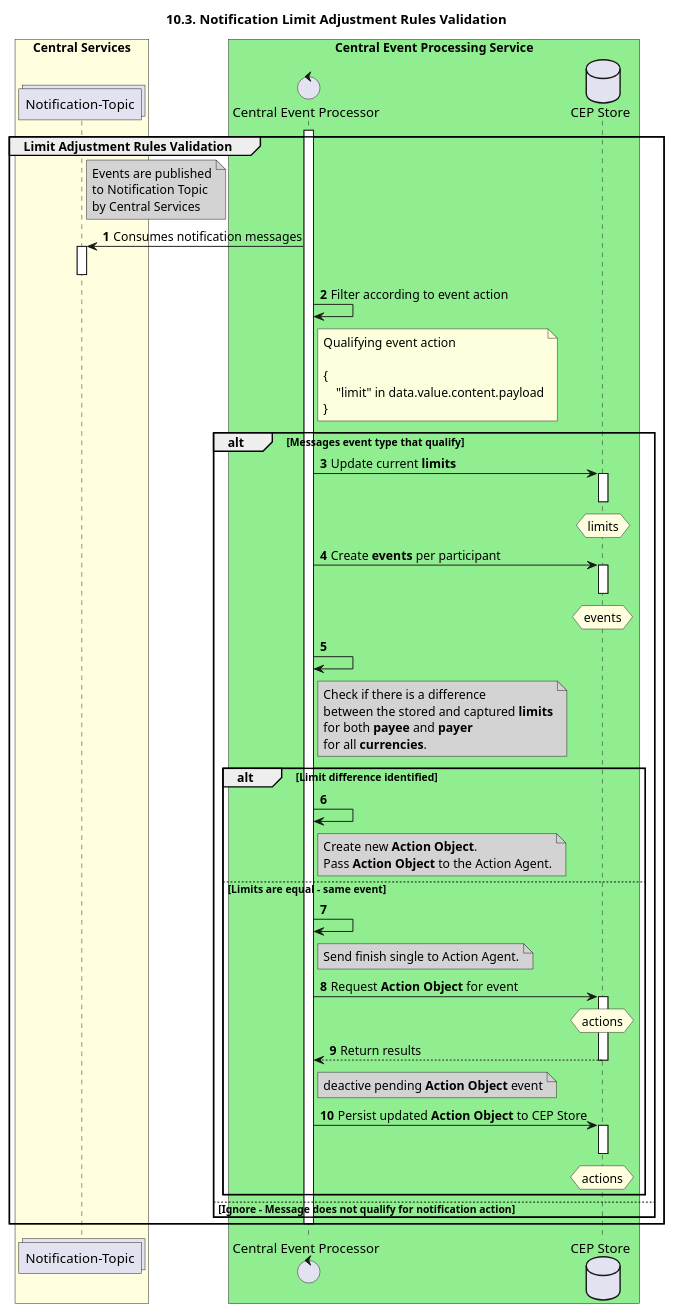
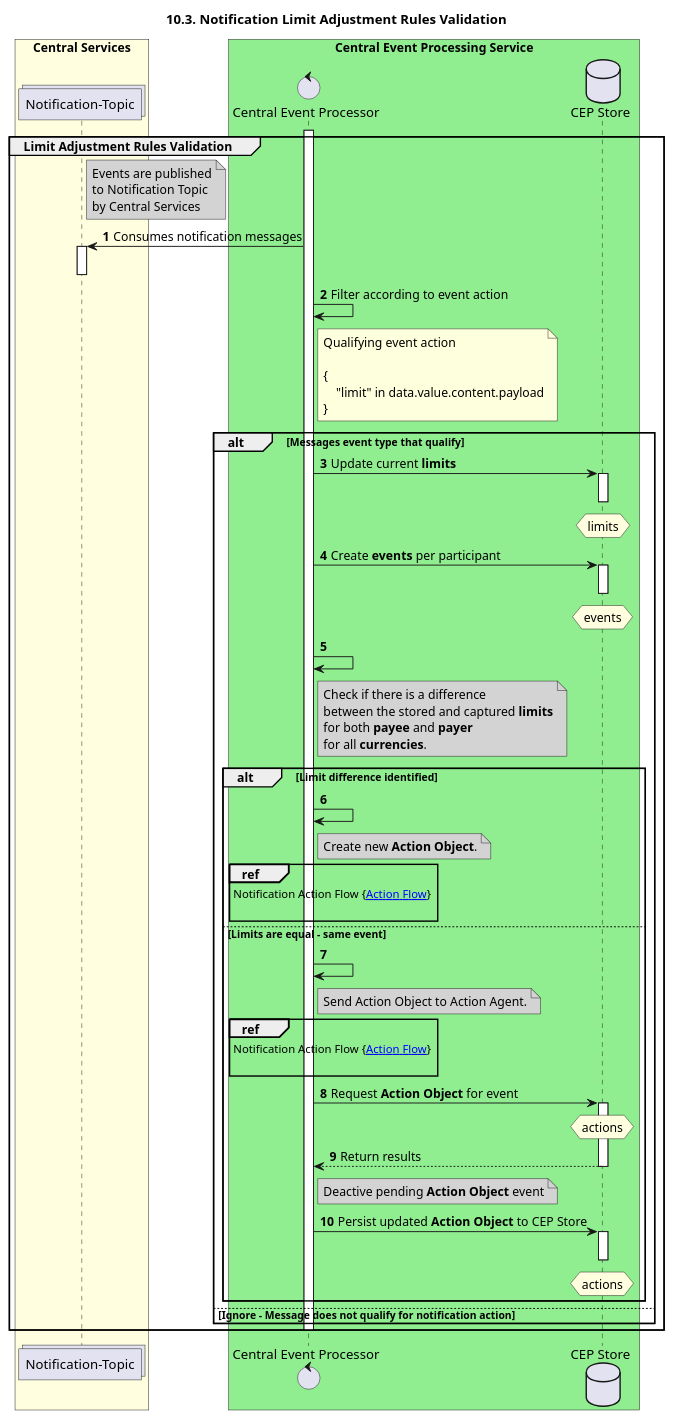
One commit to mojaloop/central-event-processor changed the diagram in docs/sequence_diagrams/notification-adjustmentRuleValidation.plantuml. Above: the diagram before and after it, drawn with PlantUML. The commit also changed 9 other files, not shown here.

Commit message:
566_UML Sequence diagrams

```diff
--- a/docs/sequence_diagrams/notification-adjustmentRuleValidation.plantuml
+++ b/docs/sequence_diagrams/notification-adjustmentRuleValidation.plantuml
@@ -1,92 +1,94 @@
 @startuml
 ' declate title
 title 10.3. Notification Limit Adjustment Rules Validation
 autonumber
 
 ' declare actors
 collections "Notification-Topic" as TOPIC_NOTIFY
 control "Central Event Processor" as CEP
 database "CEP Store" as DB
 
 box "Central Services" #LightYellow
 participant TOPIC_NOTIFY
 end box
 box "Central Event Processing Service" #LightGreen
 participant CEP
 participant DB
 end box
 
 ' start flow
 Group Limit Adjustment Rules Validation
     activate CEP
     note right of TOPIC_NOTIFY #LightGrey
         Events are published
         to Notification Topic
         by Central Services
     end note
     TOPIC_NOTIFY <- CEP: Consumes notification messages
     activate TOPIC_NOTIFY
     deactivate TOPIC_NOTIFY
     CEP -> CEP: Filter according to event action
     note right of CEP
         Qualifying event action
 
         {
             "limit" in data.value.content.payload
         }
     end note
 
     alt Messages event type that qualify
         CEP -> DB: Update current **limits**
         activate DB
         hnote over DB #LightYellow
             limits
         end hnote
         deactivate DB
         CEP -> DB: Create **events** per participant
         activate DB
         hnote over DB #LightYellow
             events
         end hnote
         deactivate DB
         CEP -> CEP
         note right of CEP #LightGrey
             Check if there is a difference
             between the stored and captured **limits**
             for both **payee** and **payer**
             for all **currencies**.
         end note
 
         alt Limit difference identified
             CEP -> CEP
             note right of CEP #LightGrey
                 Create new **Action Object**.
-                Pass **Action Object** to the Action Agent.
+'                Pass **Action Object** to the Action Agent.
             end note
+            ref over CEP :  Notification Action Flow {[[https://github.com/mojaloop/central-event-processor/tree/master/docs/sequence_diagramsnotification-actionFlow.svg Action Flow]]} \n
         else Limits are equal - same event
             CEP -> CEP
             note right of CEP #LightGrey
-                Send finish single to Action Agent.
+                Send Action Object to Action Agent.
             end note
+            ref over CEP :  Notification Action Flow {[[https://github.com/mojaloop/central-event-processor/tree/master/docs/sequence_diagramsnotification-actionFlow.svg Action Flow]]} \n
             CEP -> DB: Request **Action Object** for event
             activate DB
             hnote over DB #LightYellow
                 actions
             end hnote
             CEP <-- DB: Return results
             deactivate DB
             note right of CEP #lightGrey
-                deactive pending **Action Object** event
+                Deactive pending **Action Object** event
             end note
             CEP -> DB: Persist updated **Action Object** to CEP Store
             activate DB
             hnote over DB #LightYellow
                 actions
             end hnote
            deactivate DB
         end
     else Ignore - Message does not qualify for notification action
     end
     deactivate CEP
 end
 @enduml
```
